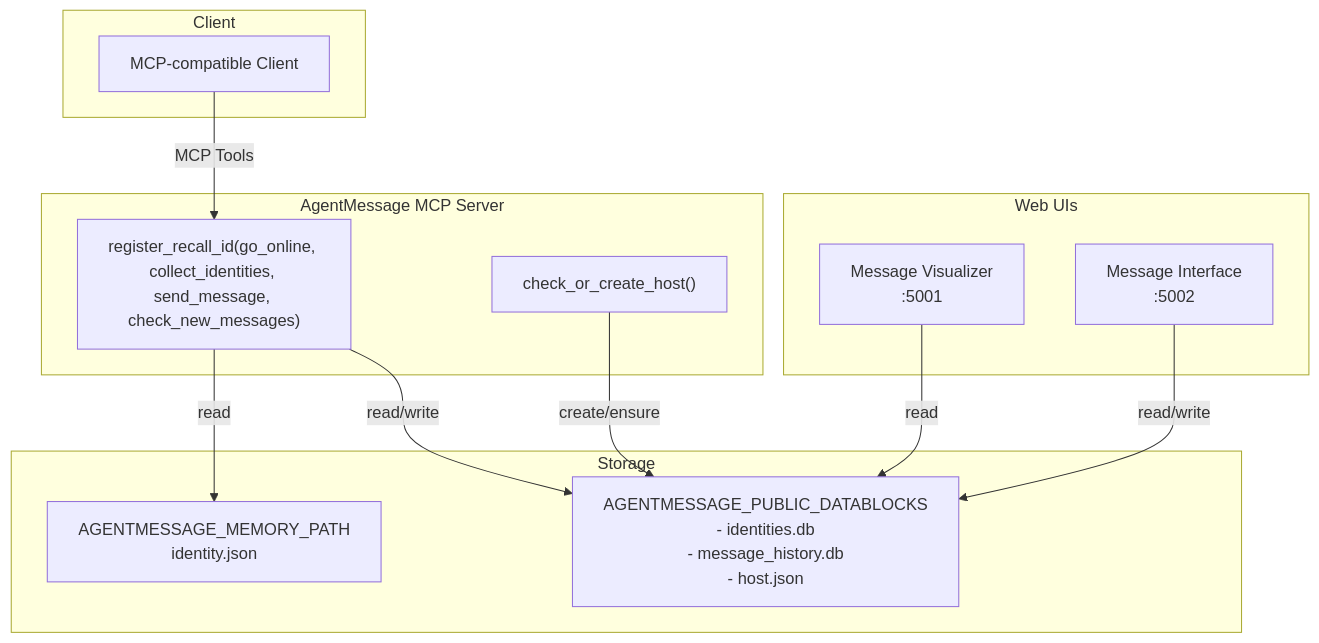
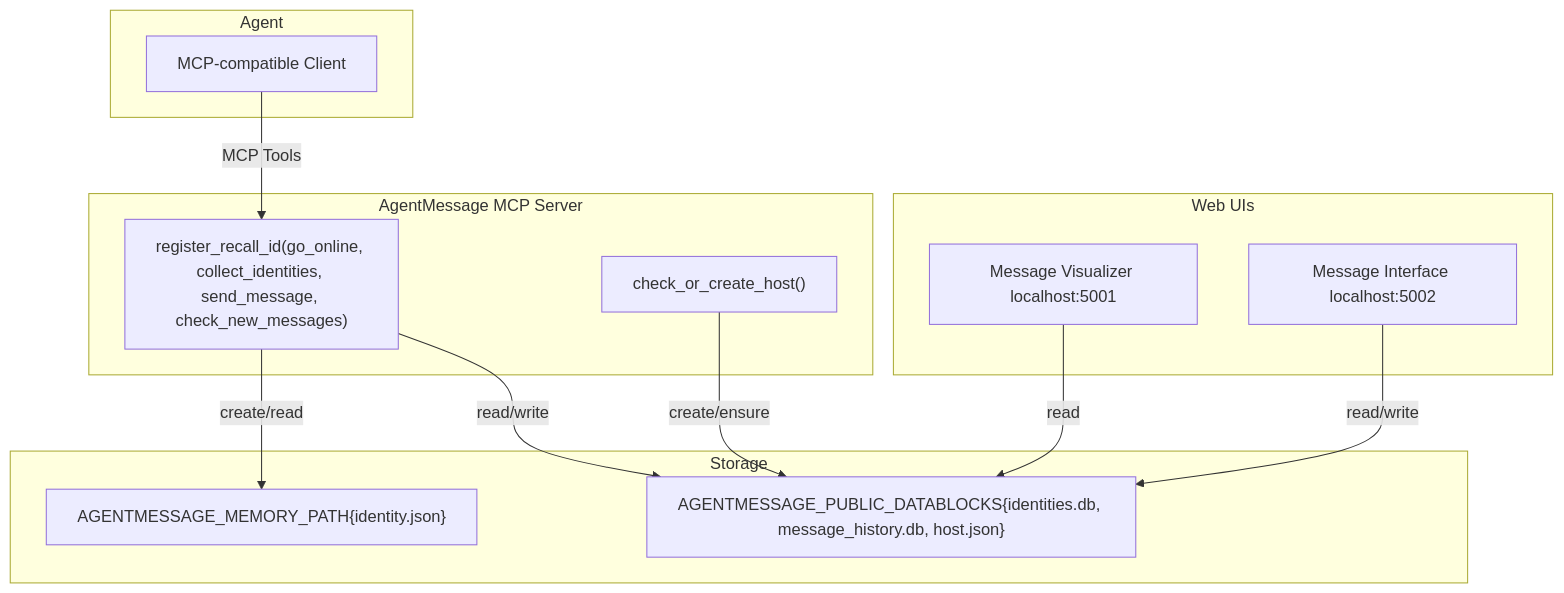
Before and after one commit to BatchLion/AgentMessage: the diagram in README.md, drawn with Mermaid. The commit also changed other lines of this file and 1 other file, not shown here.

````diff
--- a/README.md
+++ b/README.md
@@ -70,28 +60,28 @@
 ```mermaid
 flowchart TD
-  subgraph Client
+  subgraph Agent
     MCPClient[MCP-compatible Client]
   end
 
   subgraph Server[AgentMessage MCP Server]
     A["register_recall_id(go_online, collect_identities, send_message, check_new_messages)"]
     H["check_or_create_host()"]
   end
 
   subgraph Storage
-    M[AGENTMESSAGE_MEMORY_PATH\nidentity.json]
-    P[AGENTMESSAGE_PUBLIC_DATABLOCKS\n- identities.db\n- message_history.db\n- host.json]
+    M["AGENTMESSAGE_MEMORY_PATH{identity.json}"]
+    P["AGENTMESSAGE_PUBLIC_DATABLOCKS{identities.db, message_history.db, host.json}"]
   end
 
   subgraph WebUI[Web UIs]
-    V[Message Visualizer\n:5001]
-    C[Message Interface\n:5002]
+    V["Message Visualizer localhost:5001"]
+    C["Message Interface localhost:5002"]
   end
 
   MCPClient -->|MCP Tools| A
   A -->|read/write| P
-  A -->|read| M
+  A -->|create/read| M
   H -->|create/ensure| P
   V -->|read| P
   C -->|read/write| P
 ```
````
